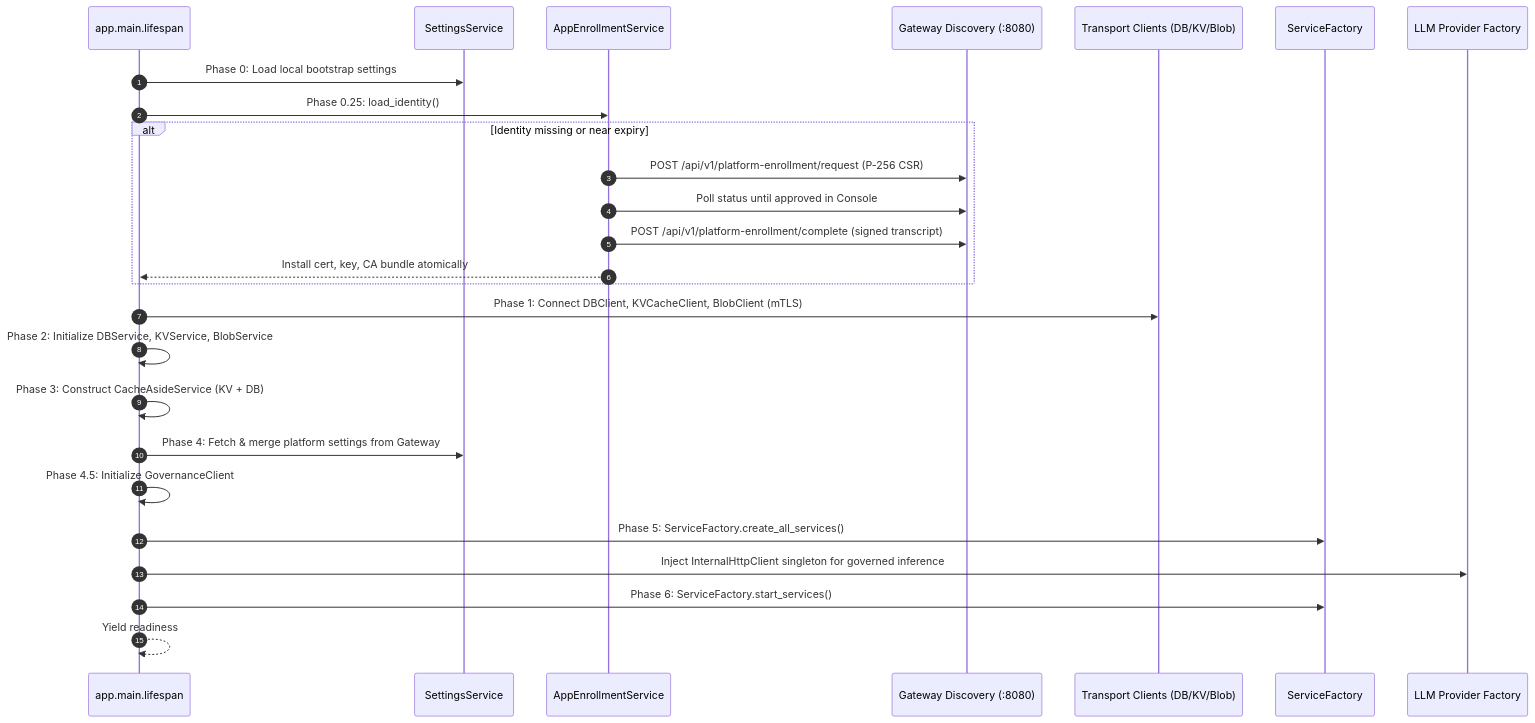
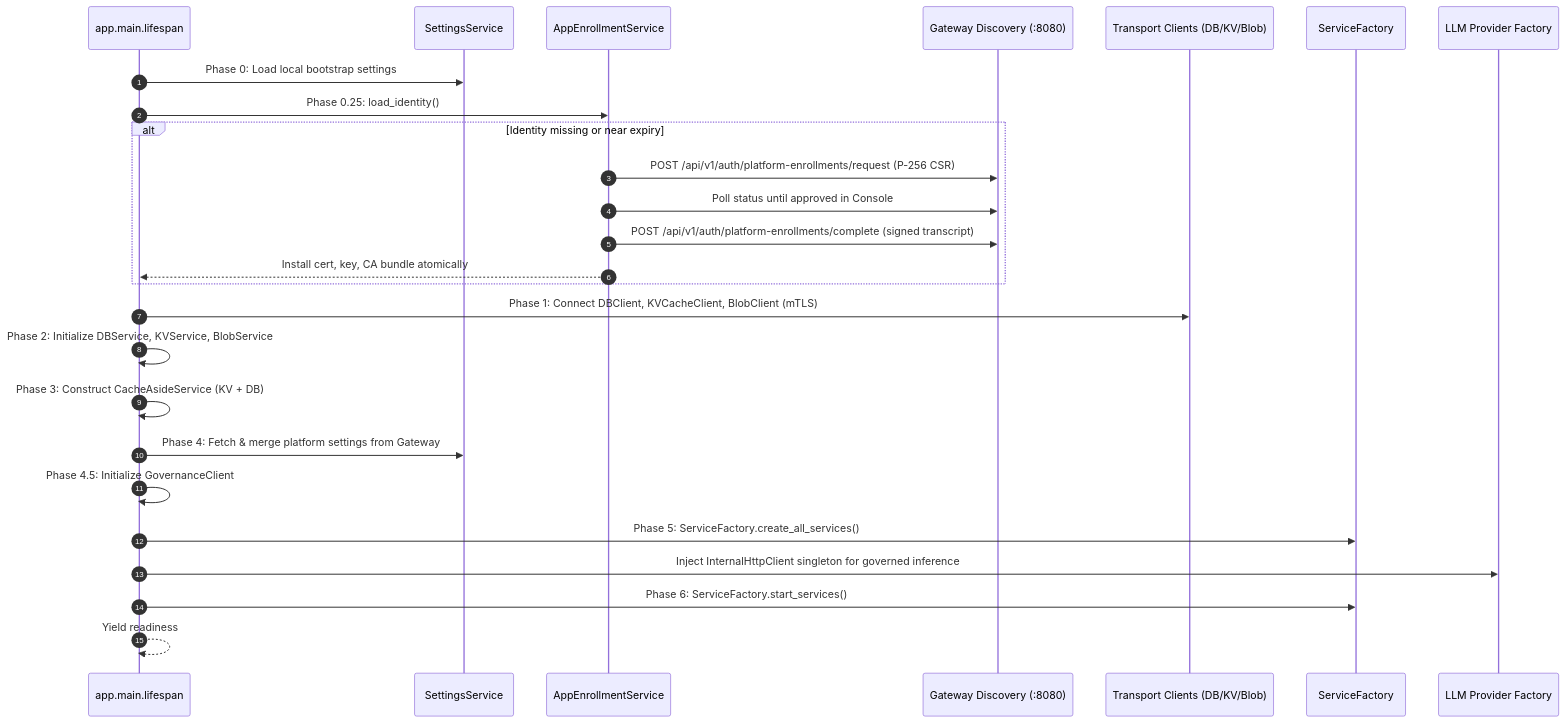
One commit to g8e-ai/g8e changed the first of 6 diagrams in docs/architecture/ensemble.md. Above: the diagram before and after it, drawn with Mermaid. The commit also changed other lines of this file and 19 other files, not shown here.

````diff
--- a/docs/architecture/ensemble.md
+++ b/docs/architecture/ensemble.md
@@ -180,29 +180,29 @@
 ```mermaid
 sequenceDiagram
     autonumber
     participant Main as app.main.lifespan
     participant Settings as SettingsService
     participant Enroll as AppEnrollmentService
     participant GW as Gateway Discovery (:8080)
     participant Clients as Transport Clients (DB/KV/Blob)
     participant Factory as ServiceFactory
     participant LLM as LLM Provider Factory
 
     Main->>Settings: Phase 0: Load local bootstrap settings
     Main->>Enroll: Phase 0.25: load_identity()
     alt Identity missing or near expiry
-        Enroll->>GW: POST /api/v1/platform-enrollment/request (P-256 CSR)
+        Enroll->>GW: POST /api/v1/auth/platform-enrollments/request (P-256 CSR)
         Enroll->>GW: Poll status until approved in Console
-        Enroll->>GW: POST /api/v1/platform-enrollment/complete (signed transcript)
+        Enroll->>GW: POST /api/v1/auth/platform-enrollments/complete (signed transcript)
         Enroll-->>Main: Install cert, key, CA bundle atomically
     end
     Main->>Clients: Phase 1: Connect DBClient, KVCacheClient, BlobClient (mTLS)
     Main->>Main: Phase 2: Initialize DBService, KVService, BlobService
     Main->>Main: Phase 3: Construct CacheAsideService (KV + DB)
     Main->>Settings: Phase 4: Fetch & merge platform settings from Gateway
     Main->>Main: Phase 4.5: Initialize GovernanceClient
     Main->>Factory: Phase 5: ServiceFactory.create_all_services()
     Main->>LLM: Inject InternalHttpClient singleton for governed inference
     Main->>Factory: Phase 6: ServiceFactory.start_services()
     Main-->>Main: Yield readiness
 ```
````
